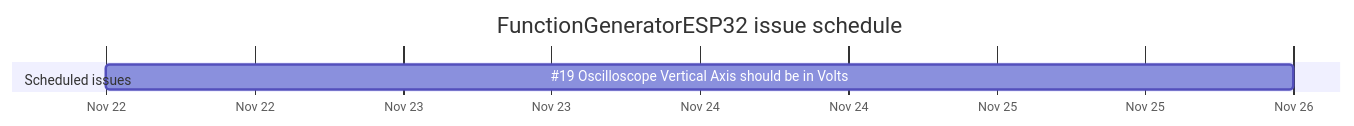
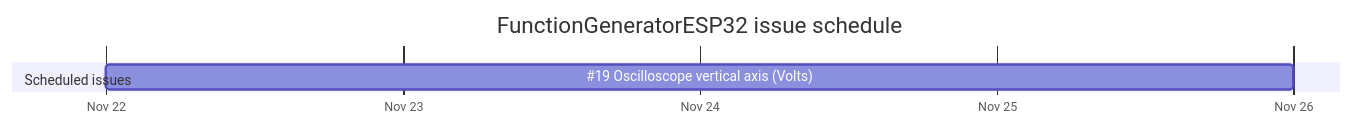
One commit to nk25719/FunctionGeneratorESP32 changed the diagram in docs/GANTT.md. Above: the diagram before and after it, drawn with Mermaid. The commit also changed other lines of this file, not shown here.

Commit message:
docs: improve Gantt day ticks and clarify preview versus automated output

````diff
--- a/docs/GANTT.md
+++ b/docs/GANTT.md
@@ -5,8 +5,9 @@
 ```mermaid
 gantt
     title FunctionGeneratorESP32 issue schedule
     dateFormat YYYY-MM-DD
     axisFormat %b %d
+    tickInterval 1day
     section Scheduled issues
-    #19 Oscilloscope Vertical Axis should be in Volts :issue19, 2026-11-22, 4d
+    #19 Oscilloscope vertical axis (Volts) :issue19, 2026-11-22, 4d
 ```
````
